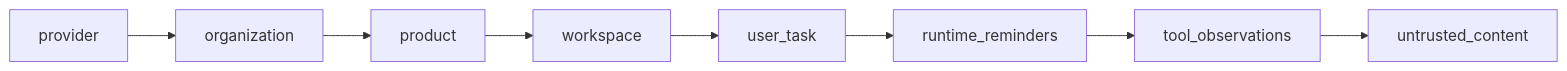
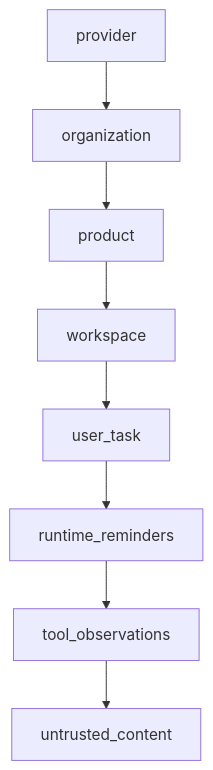
The third of 4 diagrams in content/en/docs/agentic_ai/agent_security_principles.md (kk-engineer/robosathi), drawn with Mermaid before and after one commit. The commit also changed other lines of this file and 19 other files, not shown here.

````diff
--- a/content/en/docs/agentic_ai/agent_security_principles.md
+++ b/content/en/docs/agentic_ai/agent_security_principles.md
@@ -145,4 +145,5 @@
 ```mermaid
-graph LR
-    P[provider] --> O[organization] --> PR[product] --> W[workspace] --> U[user_task] --> R[runtime_reminders] --> T[tool_observations] --> UC[untrusted_content]
+graph TD
+    P["provider"] --> O["organization"] --> PR["product"] --> W["workspace"]
+    W --> U["user_task"] --> R["runtime_reminders"] --> T["tool_observations"] --> UC["untrusted_content"]
 ```
````
